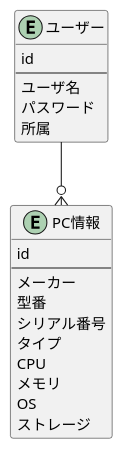
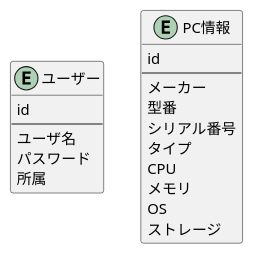
One commit to moto-sbt/express-api changed the diagram in documents/er.pu. Above: the diagram before and after it, drawn with PlantUML.

Commit message:
fix: er図、まだとくにテーブルの繋がりないのでちょっと修正

```diff
--- a/documents/er.pu
+++ b/documents/er.pu
@@ -1,29 +1,29 @@
 @startuml test_er
 ' Entity01 }|..|| Entity02
 ' Entity03 }o..o| Entity04
 ' Entity05 ||--o{ Entity06
 ' Entity07 |o--|| Entity08
 
 entity "ユーザー" as user {
   id
   --
   ユーザ名
   パスワード
   所属
 }
 
 entity "PC情報" as pc_info {
   id
   --
   メーカー
   型番
   シリアル番号
   タイプ
   CPU
   メモリ
   OS
   ストレージ
 }
 
-user --o{ pc_info
+' user --o{ pc_info ゆくゆくはこう
 @enduml
```
